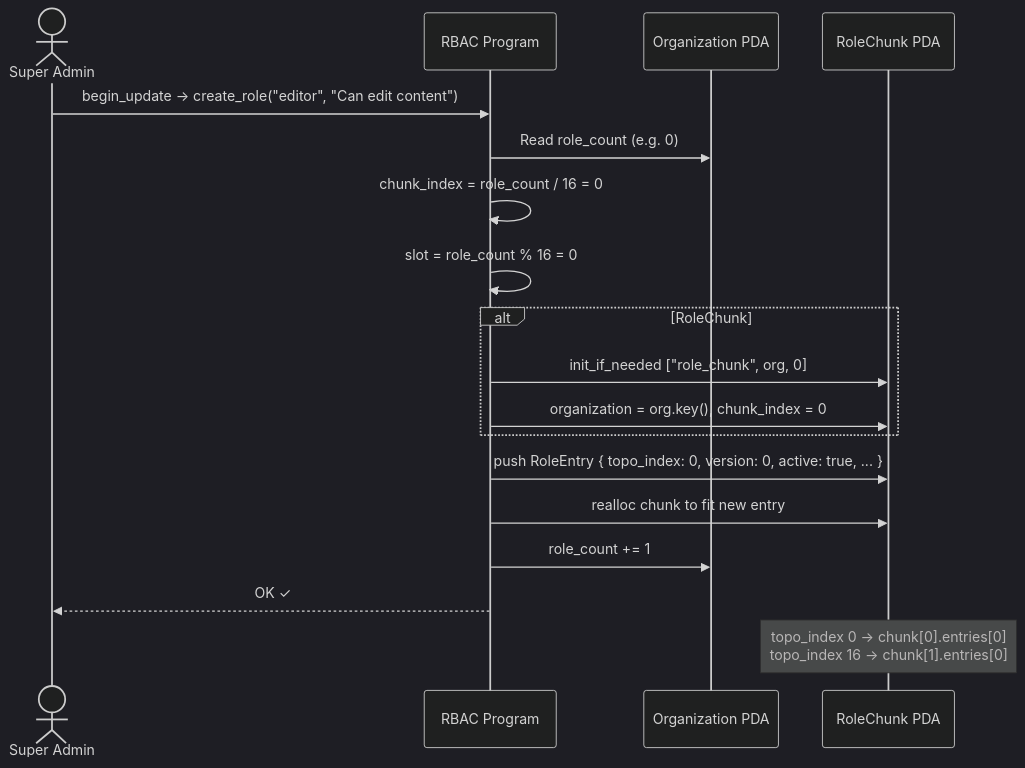
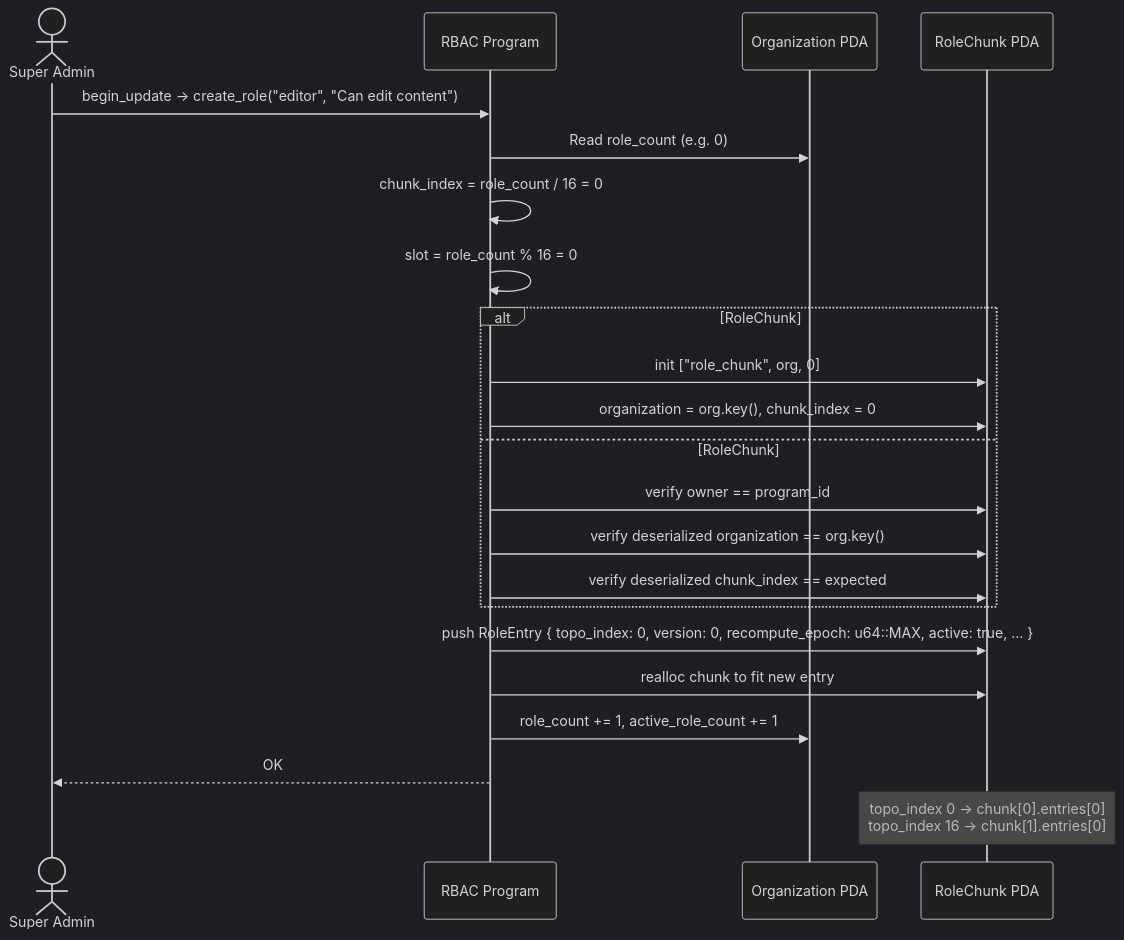
One commit to Vadimus1983/Solana-rbac changed the eighth of 25 diagrams in docs/architecture.md. Above: the diagram before and after it, drawn with Mermaid (dark theme). The commit also changed other lines of this file and 1 other file, not shown here.

````diff
--- a/docs/architecture.md
+++ b/docs/architecture.md
@@ -418,24 +438,28 @@
 ```mermaid
 sequenceDiagram
     actor Admin as Super Admin
     participant P as RBAC Program
     participant Org as Organization PDA
     participant RC as RoleChunk PDA
 
-    Admin->>P: begin_update → create_role("editor", "Can edit content")
+    Admin->>P: begin_update -> create_role("editor", "Can edit content")
     P->>Org: Read role_count (e.g. 0)
     P->>P: chunk_index = role_count / 16 = 0
     P->>P: slot = role_count % 16 = 0
 
     alt RoleChunk #0 does not yet exist
-        P->>RC: init_if_needed ["role_chunk", org, 0]
+        P->>RC: init ["role_chunk", org, 0]
         P->>RC: organization = org.key(), chunk_index = 0
+    else RoleChunk #0 exists
+        P->>RC: verify owner == program_id
+        P->>RC: verify deserialized organization == org.key()
+        P->>RC: verify deserialized chunk_index == expected
     end
 
-    P->>RC: push RoleEntry { topo_index: 0, version: 0, active: true, ... }
+    P->>RC: push RoleEntry { topo_index: 0, version: 0, recompute_epoch: u64::MAX, active: true, ... }
     P->>RC: realloc chunk to fit new entry
-    P->>Org: role_count += 1
-    P-->>Admin: OK ✓
+    P->>Org: role_count += 1, active_role_count += 1
+    P-->>Admin: OK
 
-    Note over RC: topo_index 0 → chunk[0].entries[0]<br/>topo_index 16 → chunk[1].entries[0]
+    Note over RC: topo_index 0 -> chunk[0].entries[0]<br/>topo_index 16 -> chunk[1].entries[0]
 ```
````
